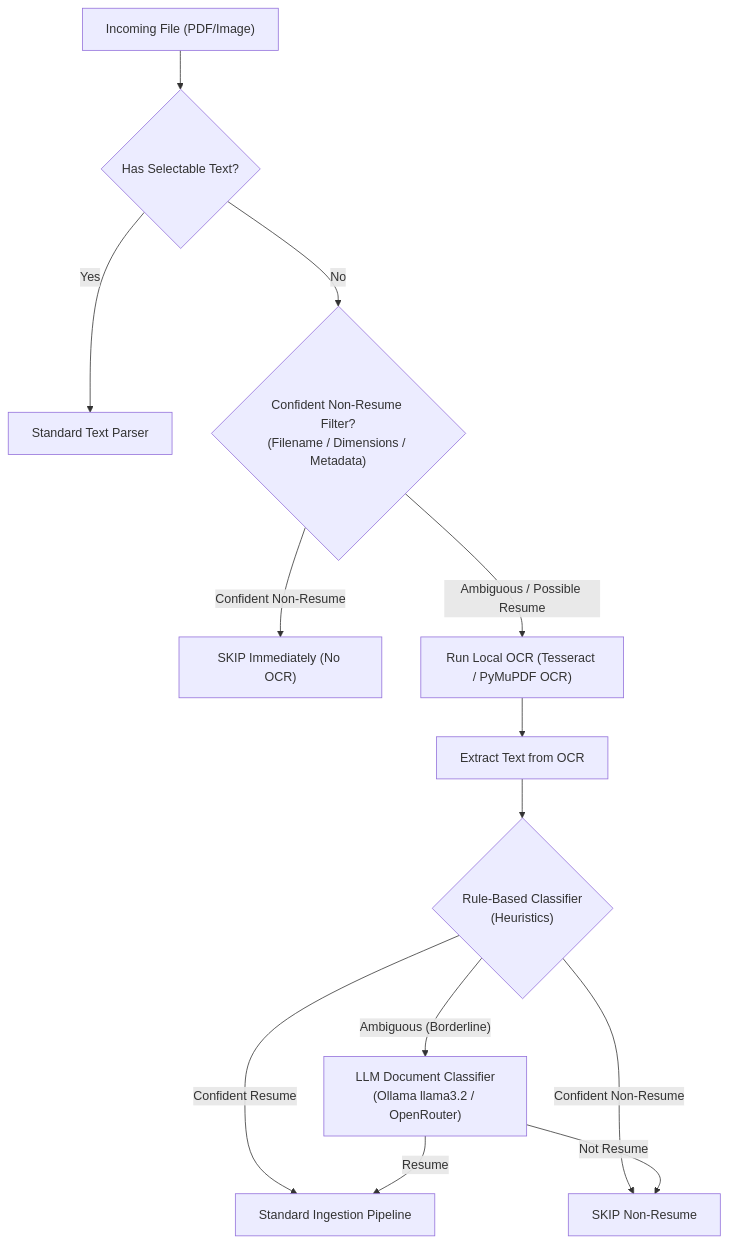
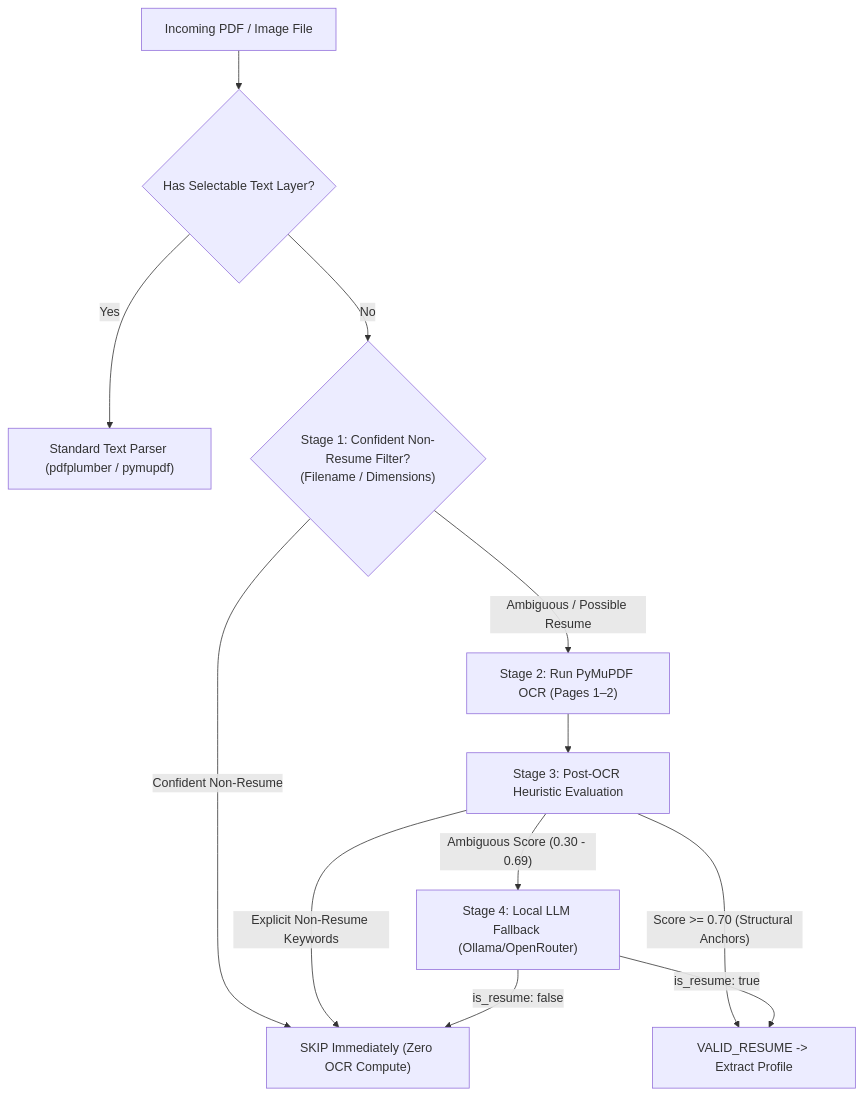
The diagram in docs/ideas/smart-ocr-multi-stage-classification.md (ArhamBafna/Candidate_Intelligence_Platform), drawn with Mermaid before and after one commit. The commit also changed other lines of this file and 13 other files, not shown here.

````diff
--- a/docs/ideas/smart-ocr-multi-stage-classification.md
+++ b/docs/ideas/smart-ocr-multi-stage-classification.md
@@ -14,19 +34,17 @@
 ```mermaid
 flowchart TD
-    A["Incoming File (PDF/Image)"] --> B{"Has Selectable Text?"}
-    B -- Yes --> C["Standard Text Parser"]
-    B -- No --> D{"Confident Non-Resume Filter?<br>(Filename / Dimensions / Metadata)"}
+    A["Incoming PDF / Image File"] --> B{"Has Selectable Text Layer?"}
+    B -- Yes --> C["Standard Text Parser (pdfplumber / pymupdf)"]
+    B -- No --> D{"Stage 1: Confident Non-Resume Filter?<br>(Filename / Dimensions)"}
     
-    D -- "Confident Non-Resume" --> E["SKIP Immediately (No OCR)"]
-    D -- "Ambiguous / Possible Resume" --> F["Run Local OCR (Tesseract / PyMuPDF OCR)"]
+    D -- "Confident Non-Resume" --> E["SKIP Immediately (Zero OCR Compute)"]
+    D -- "Ambiguous / Possible Resume" --> F["Stage 2: Run PyMuPDF OCR (Pages 1–2)"]
     
-    F --> G["Extract Text from OCR"]
-    G --> H{"Rule-Based Classifier<br>(Heuristics)"}
+    F --> G["Stage 3: Post-OCR Heuristic Evaluation"]
+    G -- "Score >= 0.70 (Structural Anchors)" --> H["VALID_RESUME -> Extract Profile"]
+    G -- "Explicit Non-Resume Keywords" --> E
+    G -- "Ambiguous Score (0.30 - 0.69)" --> I["Stage 4: Local LLM Fallback (Ollama/OpenRouter)"]
     
-    H -- "Confident Resume" --> I["Standard Ingestion Pipeline"]
-    H -- "Confident Non-Resume" --> J["SKIP Non-Resume"]
-    H -- "Ambiguous (Borderline)" --> K["LLM Document Classifier<br>(Ollama llama3.2 / OpenRouter)"]
-    
-    K -- "Resume" --> I
-    K -- "Not Resume" --> J
+    I -- "is_resume: true" --> H
+    I -- "is_resume: false" --> E
 ```
````
